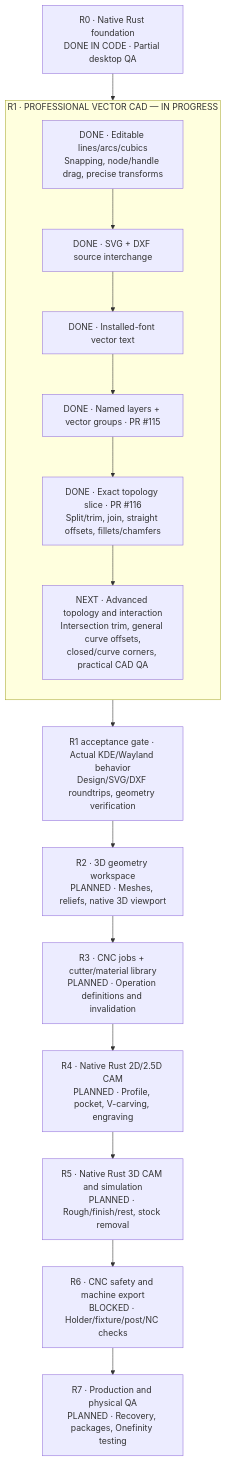
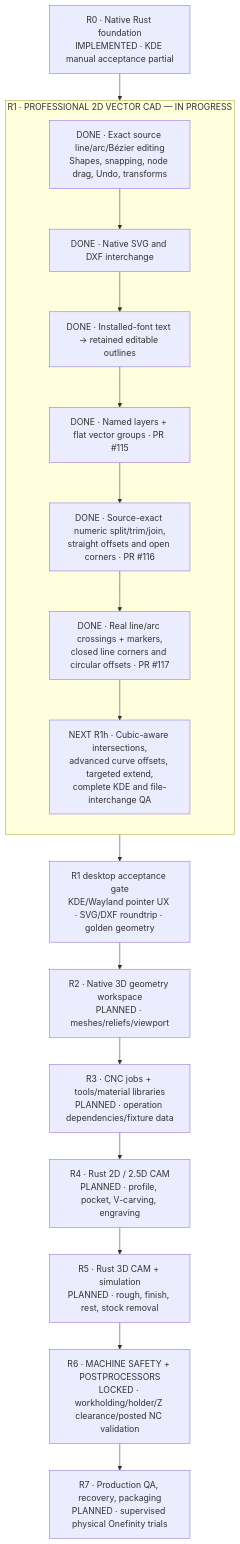
Before and after one commit to newnetmp3/CarveFoundry: the diagram in docs/ROADMAP_DIAGRAM.md, drawn with Mermaid. The commit also changed other lines of this file, not shown here.

Commit message:
Update full R0-R7 progress diagram for verified R1g analytic intersection milestone

````diff
--- a/docs/ROADMAP_DIAGRAM.md
+++ b/docs/ROADMAP_DIAGRAM.md
@@ -10,23 +11,24 @@
 ```mermaid
 flowchart TD
-    R0["R0 · Native Rust foundation<br/>DONE IN CODE · Partial desktop QA"]
-    subgraph R1["R1 · PROFESSIONAL VECTOR CAD — IN PROGRESS"]
+    R0["R0 · Native Rust foundation<br/>IMPLEMENTED · KDE manual acceptance partial"]
+    subgraph R1["R1 · PROFESSIONAL 2D VECTOR CAD — IN PROGRESS"]
         direction TB
-        R1A["DONE · Editable lines/arcs/cubics<br/>Snapping, node/handle drag, precise transforms"]
-        R1B["DONE · SVG + DXF source interchange"]
-        R1C["DONE · Installed-font vector text"]
-        R1D["DONE · Named layers + vector groups · PR #115"]
-        R1F["DONE · Exact topology slice · PR #116<br/>Split/trim, join, straight offsets, fillets/chamfers"]
-        R1G["NEXT · Advanced topology and interaction<br/>Intersection trim, general curve offsets,<br/>closed/curve corners, practical CAD QA"]
-        R1A --> R1B --> R1C --> R1D --> R1F --> R1G
+        A["DONE · Exact source line/arc/Bézier editing<br/>Shapes, snapping, node drag, Undo, transforms"]
+        B["DONE · Native SVG and DXF interchange"]
+        C["DONE · Installed-font text → retained editable outlines"]
+        D["DONE · Named layers + flat vector groups · PR #115"]
+        E["DONE · Source-exact numeric split/trim/join,<br/>straight offsets and open corners · PR #116"]
+        F["DONE · Real line/arc crossings + markers,<br/>closed line corners and circular offsets · PR #117"]
+        G["NEXT R1h · Cubic-aware intersections,<br/>advanced curve offsets, targeted extend,<br/>complete KDE and file-interchange QA"]
+        A --> B --> C --> D --> E --> F --> G
     end
-    Q["R1 acceptance gate · Actual KDE/Wayland behavior<br/>Design/SVG/DXF roundtrips, geometry verification"]
-    R2["R2 · 3D geometry workspace<br/>PLANNED · Meshes, reliefs, native 3D viewport"]
-    R3["R3 · CNC jobs + cutter/material library<br/>PLANNED · Operation definitions and invalidation"]
-    R4["R4 · Native Rust 2D/2.5D CAM<br/>PLANNED · Profile, pocket, V-carving, engraving"]
-    R5["R5 · Native Rust 3D CAM and simulation<br/>PLANNED · Rough/finish/rest, stock removal"]
-    R6["R6 · CNC safety and machine export<br/>BLOCKED · Holder/fixture/post/NC checks"]
-    R7["R7 · Production and physical QA<br/>PLANNED · Recovery, packages, Onefinity testing"]
-    R0 --> R1A
-    R1G --> Q --> R2 --> R3 --> R4 --> R5 --> R6 --> R7
+    QA["R1 desktop acceptance gate<br/>KDE/Wayland pointer UX · SVG/DXF roundtrip · golden geometry"]
+    R2["R2 · Native 3D geometry workspace<br/>PLANNED · meshes/reliefs/viewport"]
+    R3["R3 · CNC jobs + tools/material libraries<br/>PLANNED · operation dependencies/fixture data"]
+    R4["R4 · Rust 2D / 2.5D CAM<br/>PLANNED · profile, pocket, V-carving, engraving"]
+    R5["R5 · Rust 3D CAM + simulation<br/>PLANNED · rough, finish, rest, stock removal"]
+    R6["R6 · MACHINE SAFETY + POSTPROCESSORS<br/>LOCKED · workholding/holder/Z clearance/posted NC validation"]
+    R7["R7 · Production QA, recovery, packaging<br/>PLANNED · supervised physical Onefinity trials"]
+    R0 --> A
+    G --> QA --> R2 --> R3 --> R4 --> R5 --> R6 --> R7
 ```
````
